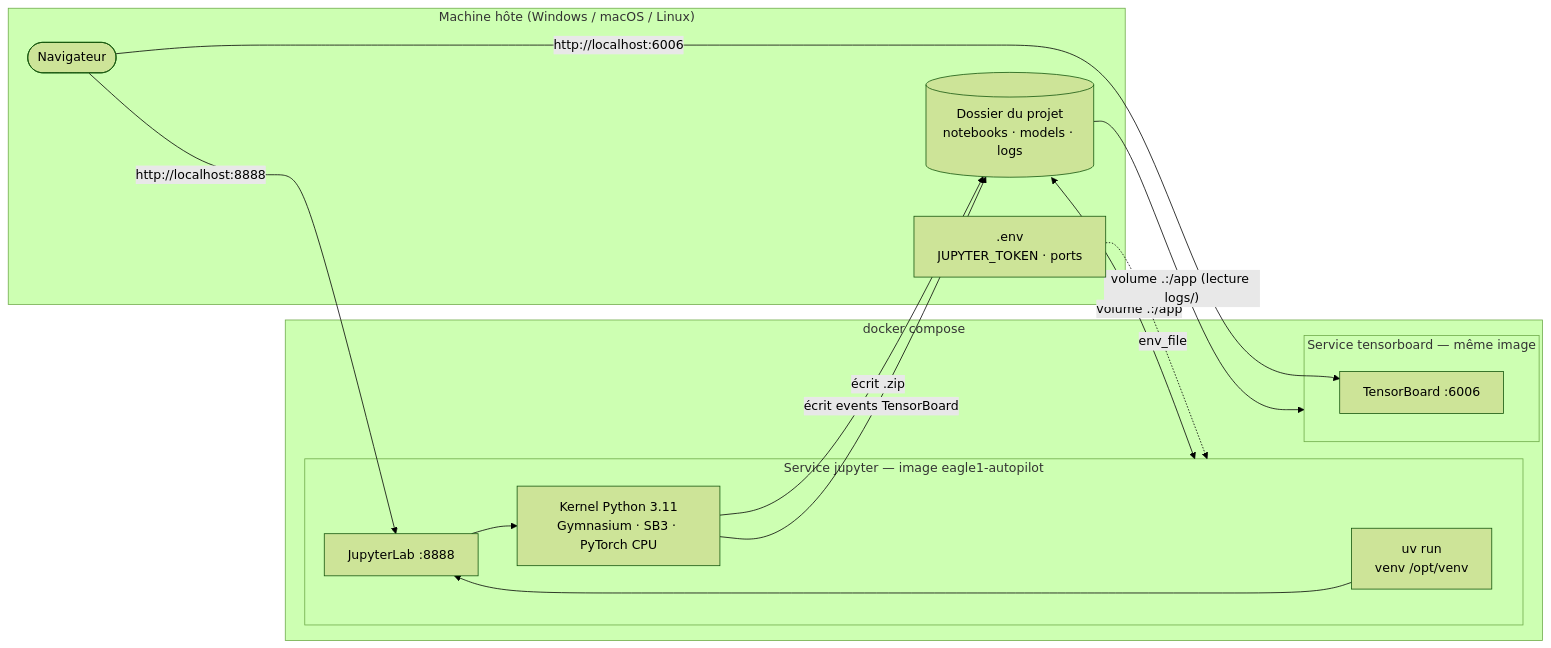
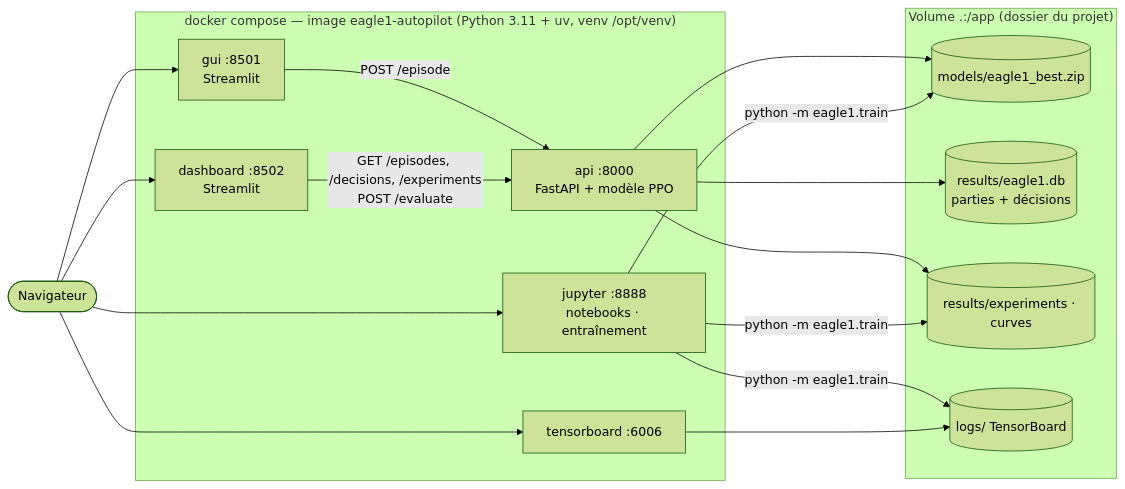
One commit to Nerion-1337/train_rl_agent changed the second of 7 diagrams in README.md. Above: the diagram before and after it, drawn with Mermaid (forest theme). The commit also changed other lines of this file and 93 other files, not shown here.

First line of the commit message:
Mission Eagle-1 : entraînements, API, GUI, tableau de bord, vidéo, rapport

````diff
--- a/README.md
+++ b/README.md
@@ -66,26 +153,23 @@
 ```mermaid
 flowchart LR
-    subgraph Hote["Machine hôte (Windows / macOS / Linux)"]
-        user(["Navigateur"])
-        repo[("Dossier du projet<br/>notebooks · models · logs")]
-        env[".env<br/>JUPYTER_TOKEN · ports"]
+    user(["Navigateur"])
+    subgraph Compose["docker compose — image eagle1-autopilot (Python 3.11 + uv, venv /opt/venv)"]
+        lab["jupyter :8888<br/>notebooks · entraînement"]
+        tb["tensorboard :6006"]
+        api["api :8000<br/>FastAPI + modèle PPO"]
+        gui["gui :8501<br/>Streamlit"]
+        dash["dashboard :8502<br/>Streamlit"]
     end
-
-    subgraph Compose["docker compose"]
-        subgraph J["Service jupyter — image eagle1-autopilot"]
-            uv["uv run<br/>venv /opt/venv"] --> lab["JupyterLab :8888"]
-            lab --> kernel["Kernel Python 3.11<br/>Gymnasium · SB3 · PyTorch CPU"]
-        end
-        subgraph T["Service tensorboard — même image"]
-            tb["TensorBoard :6006"]
-        end
+    subgraph Vol["Volume .:/app (dossier du projet)"]
+        models[("models/eagle1_best.zip")]
+        db[("results/eagle1.db<br/>parties + décisions")]
+        res[("results/experiments · curves")]
+        logs[("logs/ TensorBoard")]
     end
-
-    user -- "http://localhost:8888" --> lab
-    user -- "http://localhost:6006" --> tb
-    env -. env_file .-> J
-    repo <-- "volume .:/app" --> J
-    repo -- "volume .:/app (lecture logs/)" --> T
-    kernel -- "écrit .zip" --> repo
-    kernel -- "écrit events TensorBoard" --> repo
+    user --> lab & tb & gui & dash
+    gui -- "POST /episode" --> api
+    dash -- "GET /episodes, /decisions, /experiments<br/>POST /evaluate" --> api
+    api --> models & db & res
+    lab -- "python -m eagle1.train" --> models & res & logs
+    tb --> logs
 ```
````
